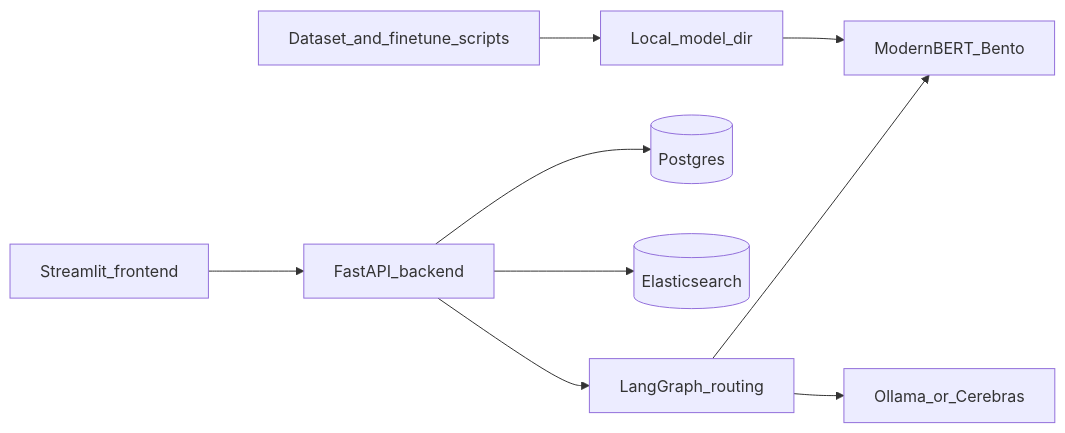
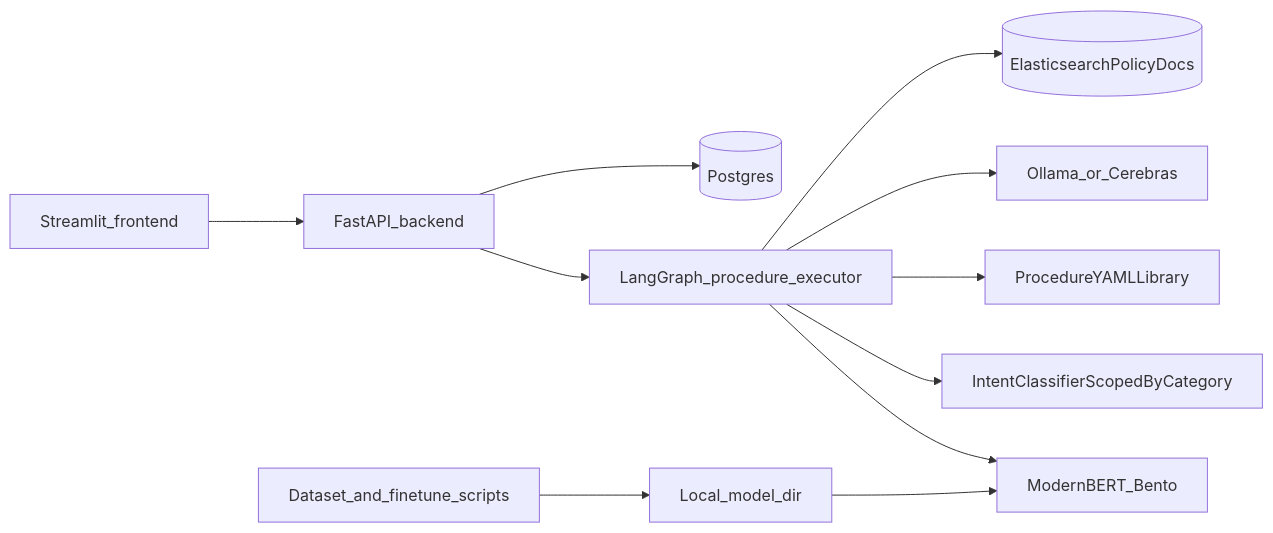
One commit to w4zir/BitBot changed the diagram in README.md. Above: the diagram before and after it, drawn with Mermaid. The commit also changed other lines of this file and 13 other files, not shown here.

Commit message:
moved to procedures based agent architecture

````diff
--- a/README.md
+++ b/README.md
@@ -7,11 +7,13 @@
 ```mermaid
 flowchart LR
   fe[Streamlit_frontend] --> be[FastAPI_backend]
-  be --> lg[LangGraph_routing]
+  be --> lg[LangGraph_procedure_executor]
   lg --> bento[ModernBERT_Bento]
+  lg --> intent[IntentClassifierScopedByCategory]
+  lg --> yaml[ProcedureYAMLLibrary]
   lg --> llm[Ollama_or_Cerebras]
+  lg --> es[(ElasticsearchPolicyDocs)]
   be --> pg[(Postgres)]
-  be --> es[(Elasticsearch)]
   train[Dataset_and_finetune_scripts] --> artifacts[Local_model_dir]
   artifacts --> bento
 ```
````
